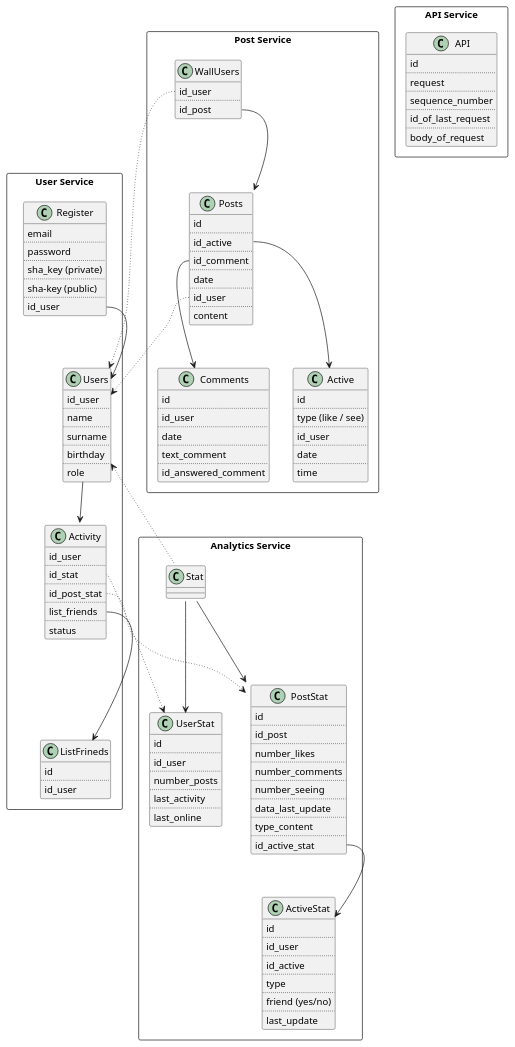
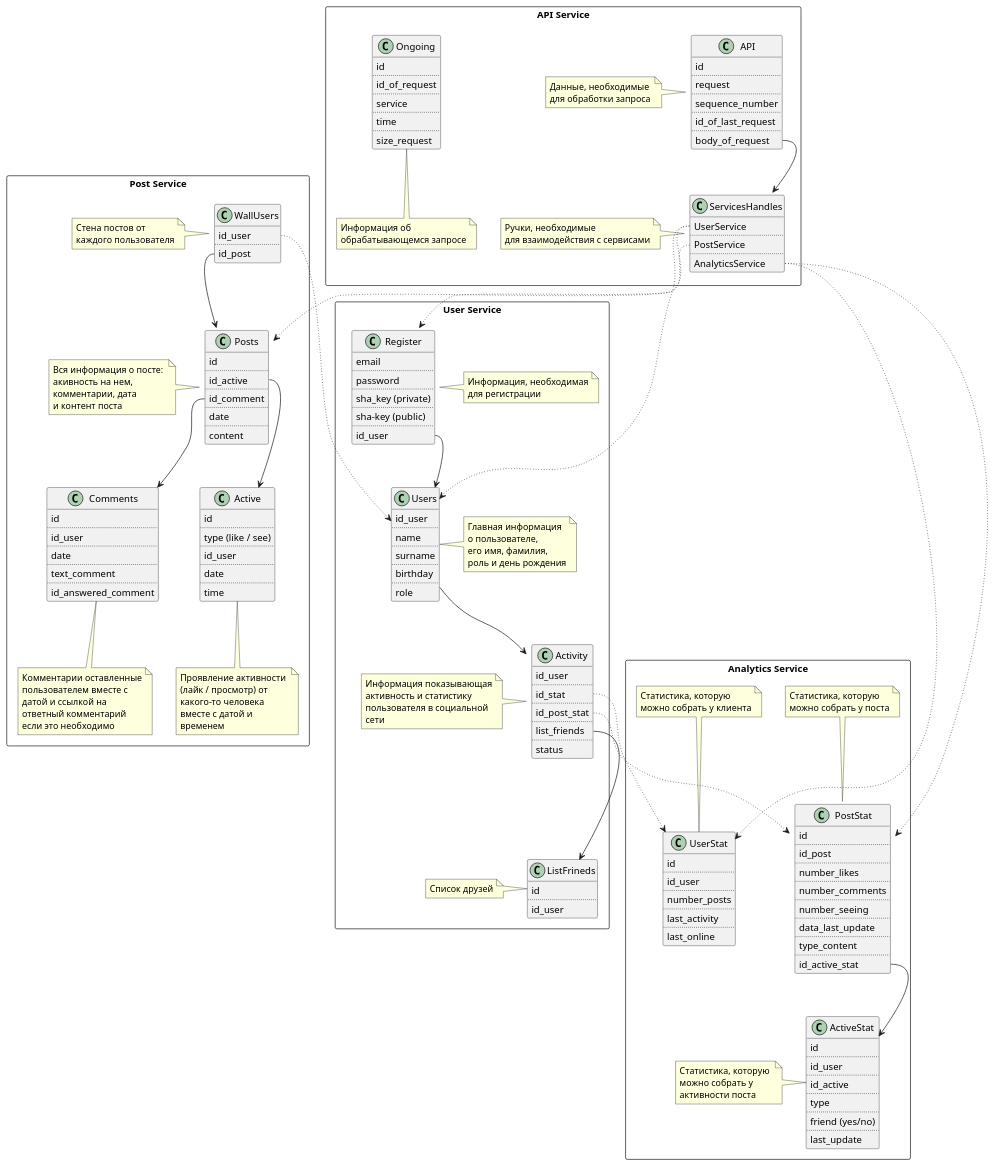
One commit to KatrinaVl/COA changed the diagram in docs/er-diagramm_services.puml. Above: the diagram before and after it, drawn with PlantUML. The commit also changed 4 other files, not shown here.

```diff
--- a/docs/er-diagramm_services.puml
+++ b/docs/er-diagramm_services.puml
@@ -12,10 +12,15 @@
     ..
     date
     ..
-    id_user
-    ..
     content
 }
+
+note left of Posts
+Вся информация о посте: 
+акивность на нем, 
+комментарии, дата 
+и контент поста
+end note
 
 class Comments {
     id
@@ -29,6 +34,14 @@
     id_answered_comment
 }
 
+note bottom of Comments
+Комментарии оставленные
+пользователем вместе с
+датой и ссылкой на 
+ответный комментарий
+если это необходимо
+end note
+
 class Active {
     id
     ..
@@ -41,11 +54,25 @@
     time
 }
 
+note bottom of Active
+Проявление активности 
+(лайк / просмотр) от 
+какого-то человека
+вместе с датой и 
+временем
+end note
+
 class WallUsers {
     id_user
     ..
     id_post
 }
+
+note left of WallUsers
+Стена постов от 
+каждого пользователя
+end note
+
 }
 
 package "User Service" <<Rectangle>> {
@@ -63,6 +90,13 @@
     role 
 }
 
+note right of Users
+Главная информация 
+о пользователе, 
+его имя, фамилия, 
+роль и день рождения
+end note
+
 
 class Register {
     email
@@ -76,6 +110,11 @@
     id_user
 }
 
+note right of Register
+Информация, необходимая
+для регистрации
+end note
+
 class Activity {
     id_user
     ..
@@ -88,19 +127,28 @@
     status
 }
 
+note left of Activity
+Информация показывающая
+активность и статистику
+пользователя в социальной
+сети
+end note
+
 class ListFrineds {
     id
     ..
     id_user
 }
 
+note left of ListFrineds
+Список друзей
+end note
+
 }
 
 package "Analytics Service" <<Rectangle>> {
     
 
-class Stat {
-}
 
 class UserStat {
     id
@@ -113,6 +161,12 @@
     ..
     last_online
 }
+
+note top of UserStat
+Статистика, которую 
+можно собрать у клиента
+end note
+
 
 class PostStat {
     id
@@ -132,6 +186,11 @@
     id_active_stat
 }
 
+note top of PostStat
+Статистика, которую 
+можно собрать у поста
+end note
+
 class ActiveStat {
     id
     ..
@@ -145,6 +204,12 @@
     ..
     last_update
 }
+
+note left of ActiveStat
+Статистика, которую 
+можно собрать у
+активности поста
+end note
 
 }
 
@@ -160,9 +225,45 @@
         ..
         body_of_request
     }
+
+    note left of API
+    Данные, необходимые 
+    для обработки запроса
+    end note
+
+    Class ServicesHandles {
+        UserService
+        ..
+        PostService
+        ..
+        AnalyticsService
+    }
+
+    note left of ServicesHandles
+    Ручки, необходимые 
+    для взаимодействия с сервисами
+    end note
+
+    class Ongoing {
+        id
+        ..
+        id_of_request
+        ..
+        service
+        ..
+        time
+        ..
+        size_request
+    }
+    note bottom of Ongoing
+    Информация об 
+    обрабатывающемся запросе
+    end note
 }
 
 WallUsers::id_post --> Posts
+
+
 Posts::id_active --> Active
 Posts::id_comment --> Comments
 
@@ -171,10 +272,6 @@
 
 Register::id_user --> Users
 
-Posts::id_user --> Users #line.dotted;
-
-Stat::id_user --> Users #line.dotted;
-
 Users --> Activity
 
 Activity::id_post_stat --> PostStat #line.dotted;
@@ -182,7 +279,12 @@
 Activity::list_friends --> ListFrineds
 PostStat::id_active_stat --> ActiveStat
 
-Stat --> UserStat
-Stat --> PostStat
+ServicesHandles::UserService --> Register  #line.dotted;
+ServicesHandles::UserService --> Users  #line.dotted;
+ServicesHandles::PostService --> Posts  #line.dotted;
+ServicesHandles::AnalyticsService --> PostStat  #line.dotted;
+ServicesHandles::AnalyticsService --> UserStat  #line.dotted;
+
+API::body_of_request --> ServicesHandles
 
 @enduml
```
